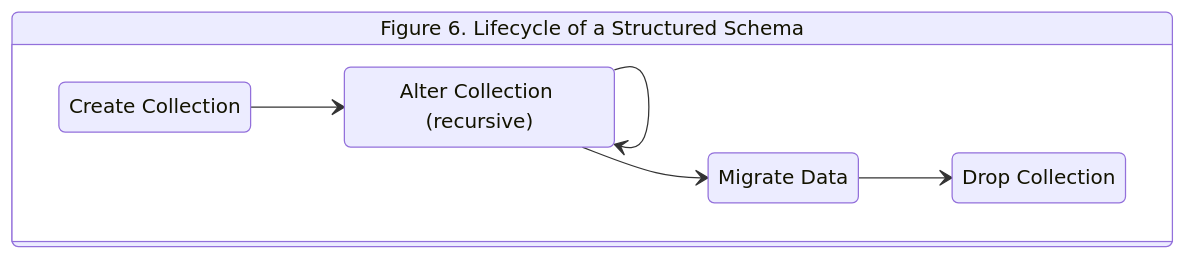
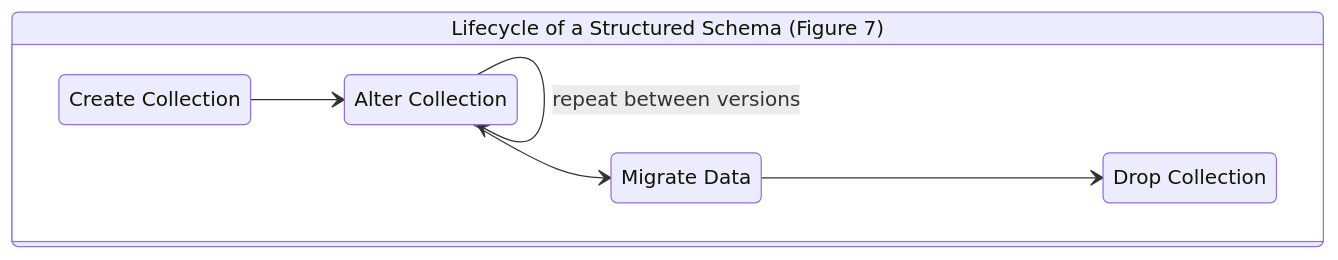
Before and after one commit to pokt-network/pocket-network-protocol: the fifth of 7 diagrams in persistence/README.md, drawn with Mermaid. The commit also changed other lines of this file and 5 other files, not shown here.

````diff
--- a/persistence/README.md
+++ b/persistence/README.md
@@ -286,16 +293,16 @@
 ```mermaid
 stateDiagram-v2
-  Fig6: Figure 6. Lifecycle of a Structured Schema
-  state Fig6 {
+  Fig7: Lifecycle of a Structured Schema (Figure 7)
+  state Fig7 {
     CC: Create Collection
-    AC: Alter Collection (recursive)
+    AC: Alter Collection
     MD: Migrate Data
     DC: Drop Collection
 
     direction LR
     CC --> AC
     AC --> MD
-    AC --> AC
+    AC --> AC: repeat between versions
     MD --> DC
   }
 ```
````
